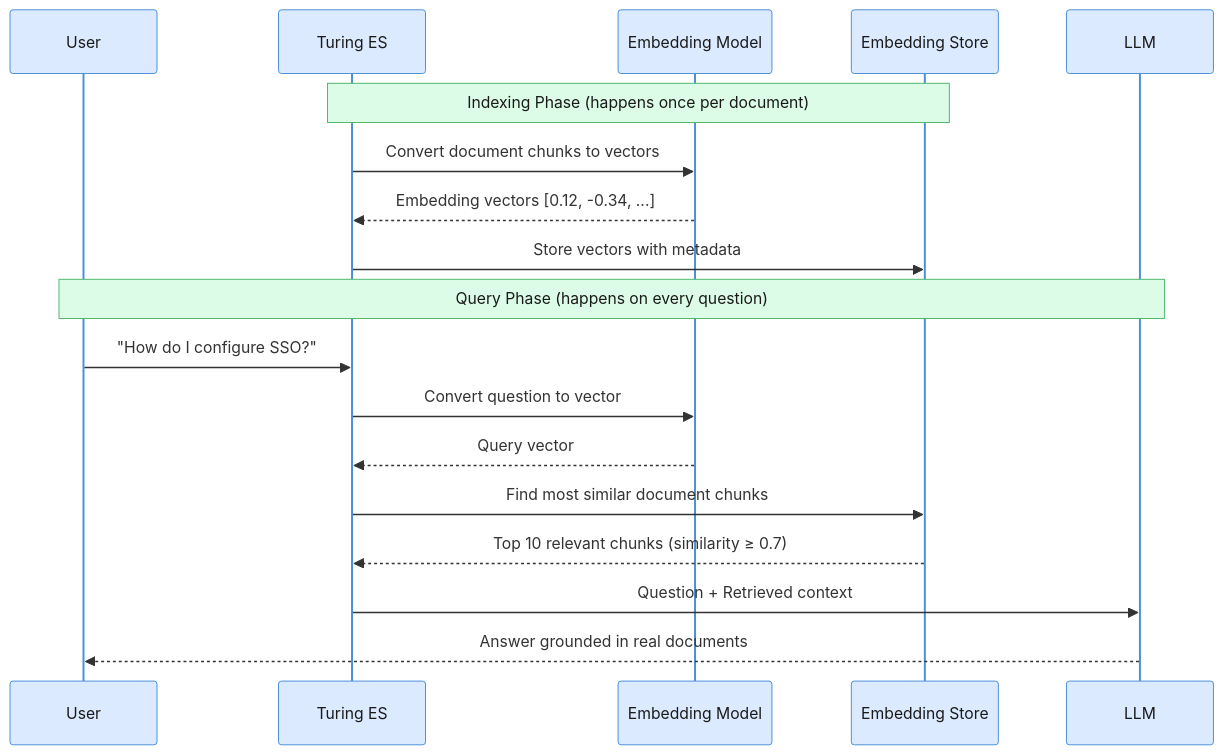
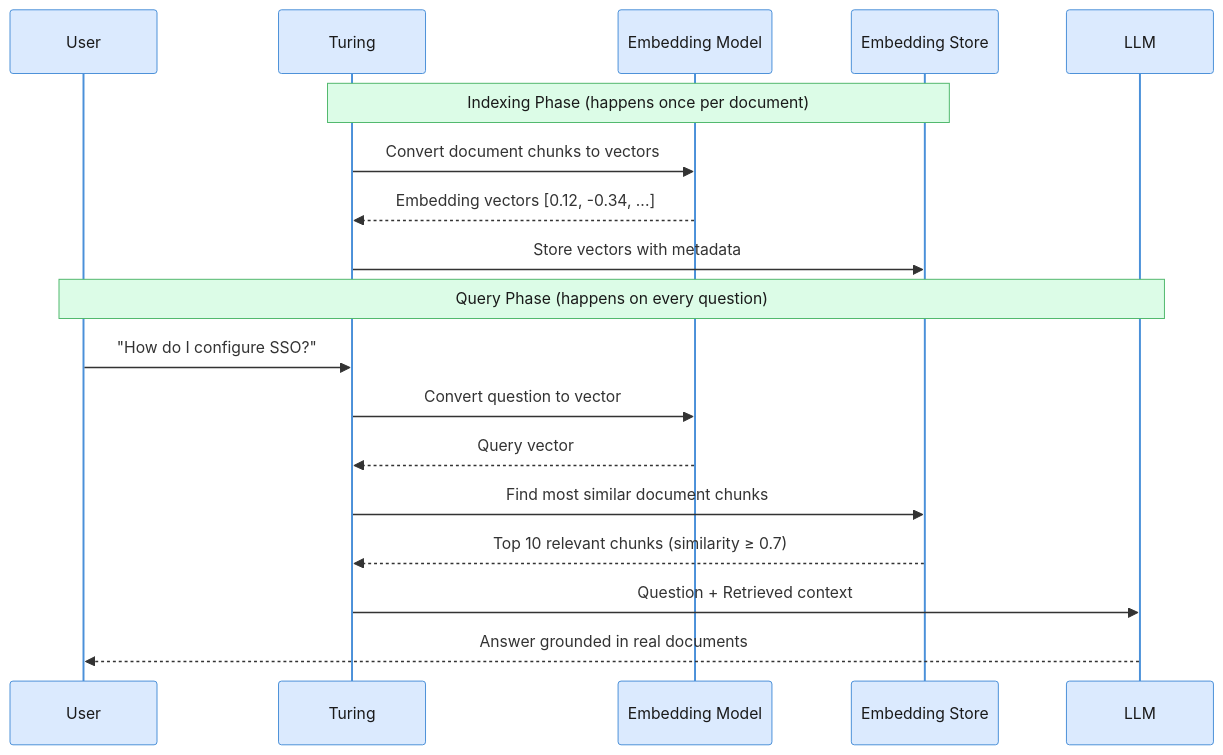
One commit to openviglet/docs changed the first of 2 diagrams in docs-turing/rag.md. Above: the diagram before and after it, drawn with Mermaid. The commit also changed other lines of this file and 157 other files, not shown here.

````diff
--- a/docs-turing/rag.md
+++ b/docs-turing/rag.md
@@ -30,23 +30,23 @@
 ```mermaid
 %%{init: {'theme': 'base', 'themeVariables': {'fontSize': '13px', 'actorBkg': '#dbeafe', 'actorBorder': '#4A90D9', 'actorTextColor': '#1a1a1a', 'activationBkgColor': '#ede9fe', 'activationBorderColor': '#9B6EC5', 'labelBoxBkgColor': '#fef3c7', 'labelBoxBorderColor': '#E8A838', 'labelTextColor': '#1a1a1a', 'loopTextColor': '#b07a1a', 'noteBkgColor': '#dcfce7', 'noteBorderColor': '#50B86C', 'noteTextColor': '#1a1a1a', 'signalColor': '#333', 'signalTextColor': '#333'}}}%%
 sequenceDiagram
     participant User
-    participant Turing as Turing ES
+    participant Turing as Turing
     participant EmbModel as Embedding Model
     participant VectorDB as Embedding Store
     participant LLM as LLM
 
     Note over Turing,VectorDB: Indexing Phase (happens once per document)
     Turing->>EmbModel: Convert document chunks to vectors
     EmbModel-->>Turing: Embedding vectors [0.12, -0.34, ...]
     Turing->>VectorDB: Store vectors with metadata
 
     Note over User,LLM: Query Phase (happens on every question)
     User->>Turing: "How do I configure SSO?"
     Turing->>EmbModel: Convert question to vector
     EmbModel-->>Turing: Query vector
     Turing->>VectorDB: Find most similar document chunks
     VectorDB-->>Turing: Top 10 relevant chunks (similarity ≥ 0.7)
     Turing->>LLM: Question + Retrieved context
     LLM-->>User: Answer grounded in real documents
 ```
````
